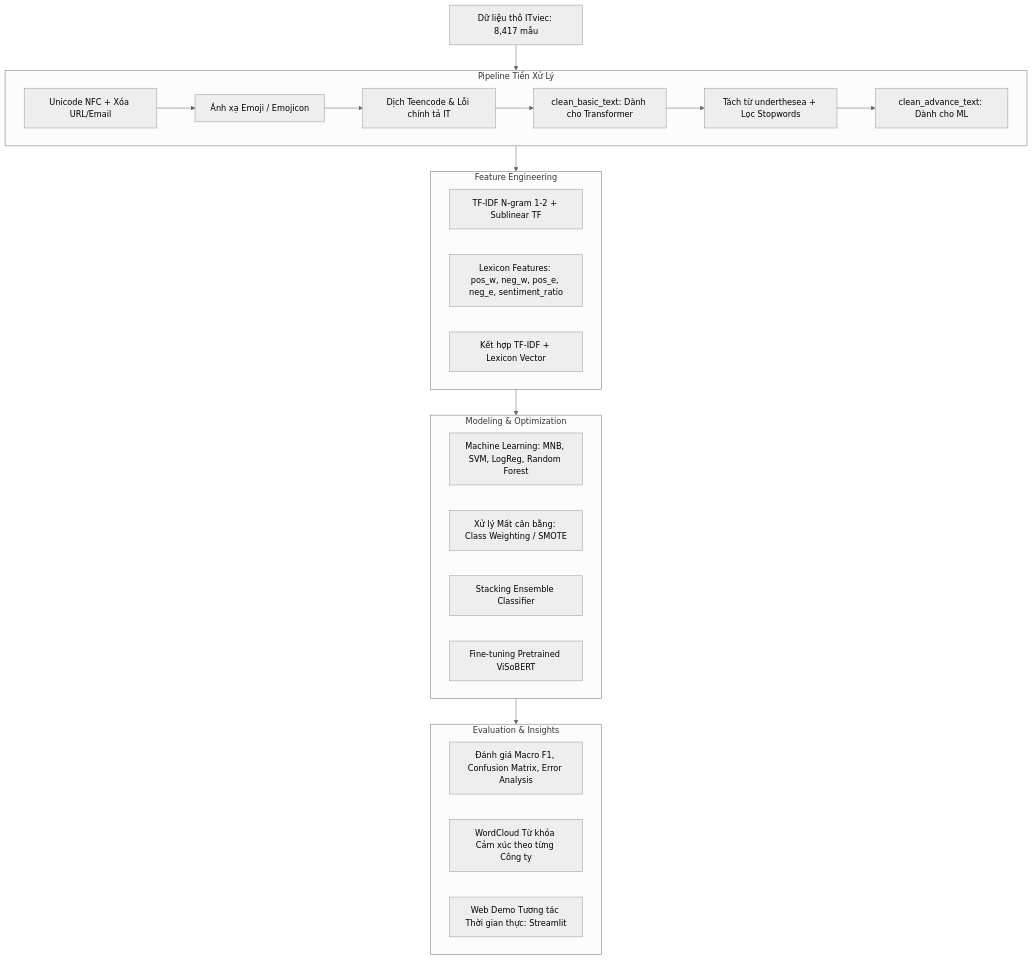
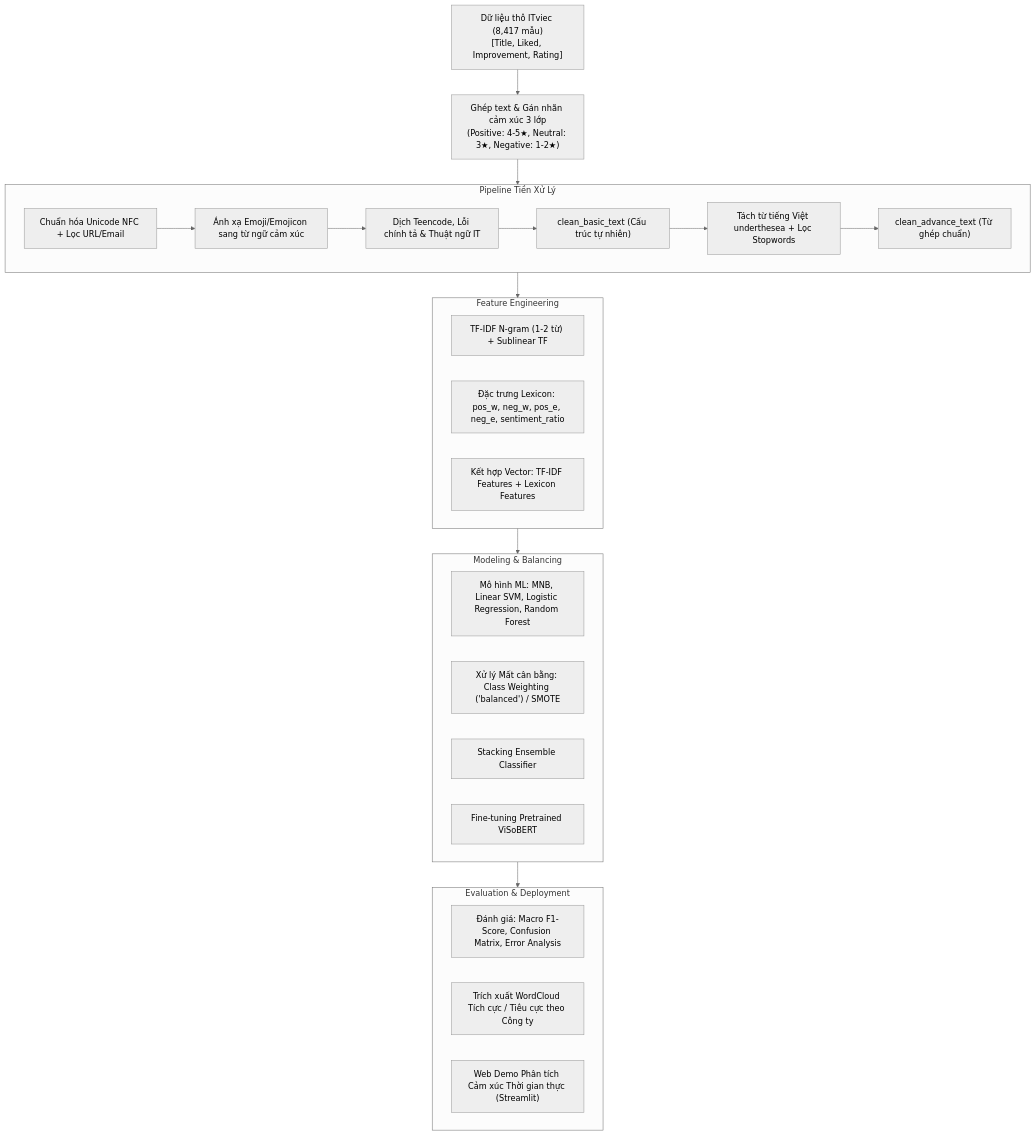
Before and after one commit to NDK2002/NLP-Sentiment-Analysis-ITviec: the diagram in README.md, drawn with Mermaid (neutral theme). The commit also changed other lines of this file, not shown here.

Commit message:
docs: Bo sung chi tiet y tuong gop text, chien luoc gan nhan ground truth va tien xu ly vao README

````diff
--- a/README.md
+++ b/README.md
@@ -26,37 +46,39 @@
 ```mermaid
 flowchart TD
-    A[Dữ liệu thô ITviec: 8,417 mẫu] --> B[Giai đoạn 1: Chuẩn hóa & Tiền xử lý Đa cấp]
+    A["Dữ liệu thô ITviec (8,417 mẫu)<br>[Title, Liked, Improvement, Rating]"] --> B["Ghép text & Gán nhãn cảm xúc 3 lớp<br>(Positive: 4-5★, Neutral: 3★, Negative: 1-2★)"]
     
-    subgraph B [Pipeline Tiền Xử Lý]
-        B1[Unicode NFC + Xóa URL/Email] --> B2[Ánh xạ Emoji / Emojicon]
-        B2 --> B3[Dịch Teencode & Lỗi chính tả IT]
-        B3 --> B4[clean_basic_text: Dành cho Transformer]
-        B4 --> B5[Tách từ underthesea + Lọc Stopwords]
-        B5 --> B6[clean_advance_text: Dành cho ML]
+    B --> C["Pipeline Tiền xử lý 2 tầng (src/preprocessing.py)"]
+    
+    subgraph C ["Pipeline Tiền Xử Lý"]
+        C1["Chuẩn hóa Unicode NFC + Lọc URL/Email"] --> C2["Ánh xạ Emoji/Emojicon sang từ ngữ cảm xúc"]
+        C2 --> C3["Dịch Teencode, Lỗi chính tả & Thuật ngữ IT"]
+        C3 --> C4["clean_basic_text (Cấu trúc tự nhiên)"]
+        C4 --> C5["Tách từ tiếng Việt underthesea + Lọc Stopwords"]
+        C5 --> C6["clean_advance_text (Từ ghép chuẩn)"]
     end
     
-    B --> C[Giai đoạn 2: Trích xuất Đặc trưng Hybrid]
+    C --> D["Trích xuất Đặc trưng Hybrid (src/features.py)"]
     
-    subgraph C [Feature Engineering]
-        C1[TF-IDF N-gram 1-2 + Sublinear TF]
-        C2[Lexicon Features: pos_w, neg_w, pos_e, neg_e, sentiment_ratio]
-        C3[Kết hợp TF-IDF + Lexicon Vector]
+    subgraph D ["Feature Engineering"]
+        D1["TF-IDF N-gram (1-2 từ) + Sublinear TF"]
+        D2["Đặc trưng Lexicon: pos_w, neg_w, pos_e, neg_e, sentiment_ratio"]
+        D3["Kết hợp Vector: TF-IDF Features + Lexicon Features"]
     end
     
-    C --> D[Giai đoạn 3: Huấn luyện & Tối ưu Mô hình]
+    D --> E["Huấn luyện & Xử lý Mất cân bằng (src/models.py)"]
     
-    subgraph D [Modeling & Optimization]
-        D1[Machine Learning: MNB, SVM, LogReg, Random Forest]
-        D2[Xử lý Mất cân bằng: Class Weighting / SMOTE]
-        D3[Stacking Ensemble Classifier]
-        D4[Fine-tuning Pretrained ViSoBERT]
+    subgraph E ["Modeling & Balancing"]
+        E1["Mô hình ML: MNB, Linear SVM, Logistic Regression, Random Forest"]
+        E2["Xử lý Mất cân bằng: Class Weighting ('balanced') / SMOTE"]
+        E3["Stacking Ensemble Classifier"]
+        E4["Fine-tuning Pretrained ViSoBERT"]
     end
     
-    D --> E[Giai đoạn 4: Đánh giá & Insights Doanh nghiệp]
+    E --> F["Đánh giá & Khai phá Insight Doanh nghiệp"]
     
-    subgraph E [Evaluation & Insights]
-        E1[Đánh giá Macro F1, Confusion Matrix, Error Analysis]
-        E2[WordCloud Từ khóa Cảm xúc theo từng Công ty]
-        E3[Web Demo Tương tác Thời gian thực: Streamlit]
+    subgraph F ["Evaluation & Deployment"]
+        F1["Đánh giá: Macro F1-Score, Confusion Matrix, Error Analysis"]
+        F2["Trích xuất WordCloud Tích cực / Tiêu cực theo Công ty"]
+        F3["Web Demo Phân tích Cảm xúc Thời gian thực (Streamlit)"]
     end
 ```
````
